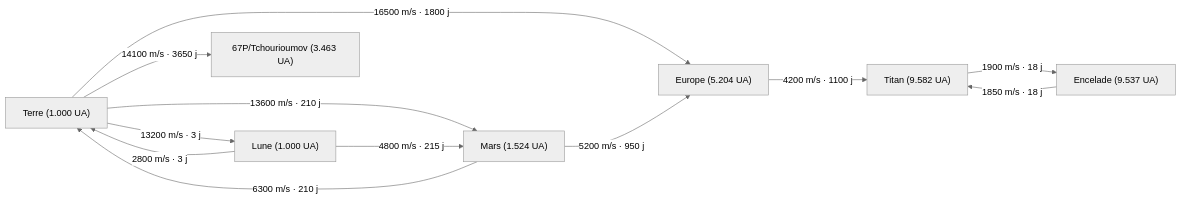
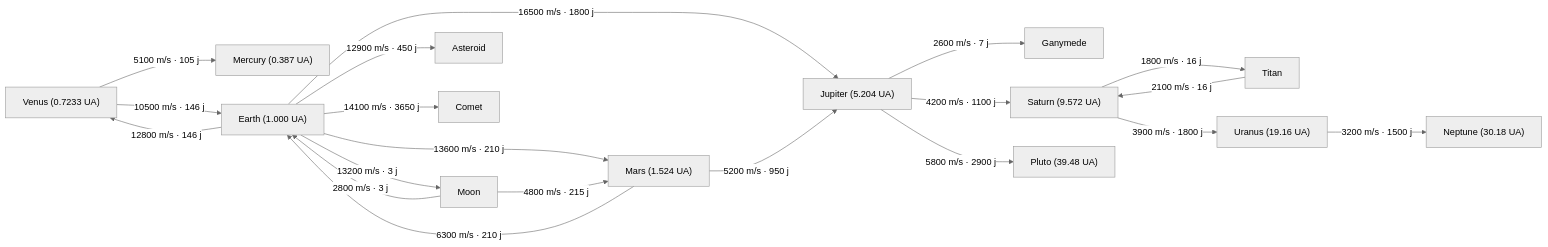
The second of 2 diagrams in DIAGRAMME.md (GuillaumeWnt/devoirBDD), drawn with Mermaid (neutral theme) before and after one commit. The commit also changed other lines of this file and 15 other files, not shown here.

First line of the commit message:
feat(data,bdd,cli): integrer les 2 bases csv reelles sans etendre le schema 8 tables

````diff
--- a/DIAGRAMME.md
+++ b/DIAGRAMME.md
@@ -106,26 +121,37 @@
 ```mermaid
 flowchart LR
-    Terre["Terre (1.000 UA)"]
-    Lune["Lune (1.000 UA)"]
+    Mercury["Mercury (0.387 UA)"]
+    Venus["Venus (0.7233 UA)"]
+    Earth["Earth (1.000 UA)"]
+    Moon["Moon"]
     Mars["Mars (1.524 UA)"]
-    Europe["Europe (5.204 UA)"]
-    Titan["Titan (9.582 UA)"]
-    Encelade["Encelade (9.537 UA)"]
-    Comete["67P/Tchourioumov (3.463 UA)"]
+    Asteroid["Asteroid"]
+    Comet["Comet"]
+    Jupiter["Jupiter (5.204 UA)"]
+    Ganymede["Ganymede"]
+    Saturn["Saturn (9.572 UA)"]
+    Titan["Titan"]
+    Uranus["Uranus (19.16 UA)"]
+    Neptune["Neptune (30.18 UA)"]
+    Pluto["Pluto (39.48 UA)"]
 
-    Terre -->|"13200 m/s · 3 j"| Lune
-    Lune -->|"2800 m/s · 3 j"| Terre
-
-    Terre -->|"13600 m/s · 210 j"| Mars
-    Mars -->|"6300 m/s · 210 j"| Terre
-
-    Lune -->|"4800 m/s · 215 j"| Mars
-    Terre -->|"16500 m/s · 1800 j"| Europe
-    Mars -->|"5200 m/s · 950 j"| Europe
-    Europe -->|"4200 m/s · 1100 j"| Titan
-
-    Titan -->|"1900 m/s · 18 j"| Encelade
-    Encelade -->|"1850 m/s · 18 j"| Titan
-
-    Terre -->|"14100 m/s · 3650 j"| Comete
+    Earth -->|"13200 m/s · 3 j"| Moon
+    Moon -->|"2800 m/s · 3 j"| Earth
+    Earth -->|"13600 m/s · 210 j"| Mars
+    Mars -->|"6300 m/s · 210 j"| Earth
+    Earth -->|"12800 m/s · 146 j"| Venus
+    Venus -->|"10500 m/s · 146 j"| Earth
+    Venus -->|"5100 m/s · 105 j"| Mercury
+    Moon -->|"4800 m/s · 215 j"| Mars
+    Earth -->|"12900 m/s · 450 j"| Asteroid
+    Earth -->|"14100 m/s · 3650 j"| Comet
+    Earth -->|"16500 m/s · 1800 j"| Jupiter
+    Mars -->|"5200 m/s · 950 j"| Jupiter
+    Jupiter -->|"2600 m/s · 7 j"| Ganymede
+    Jupiter -->|"4200 m/s · 1100 j"| Saturn
+    Saturn -->|"1800 m/s · 16 j"| Titan
+    Titan -->|"2100 m/s · 16 j"| Saturn
+    Saturn -->|"3900 m/s · 1800 j"| Uranus
+    Uranus -->|"3200 m/s · 1500 j"| Neptune
+    Jupiter -->|"5800 m/s · 2900 j"| Pluto
 ```
````
